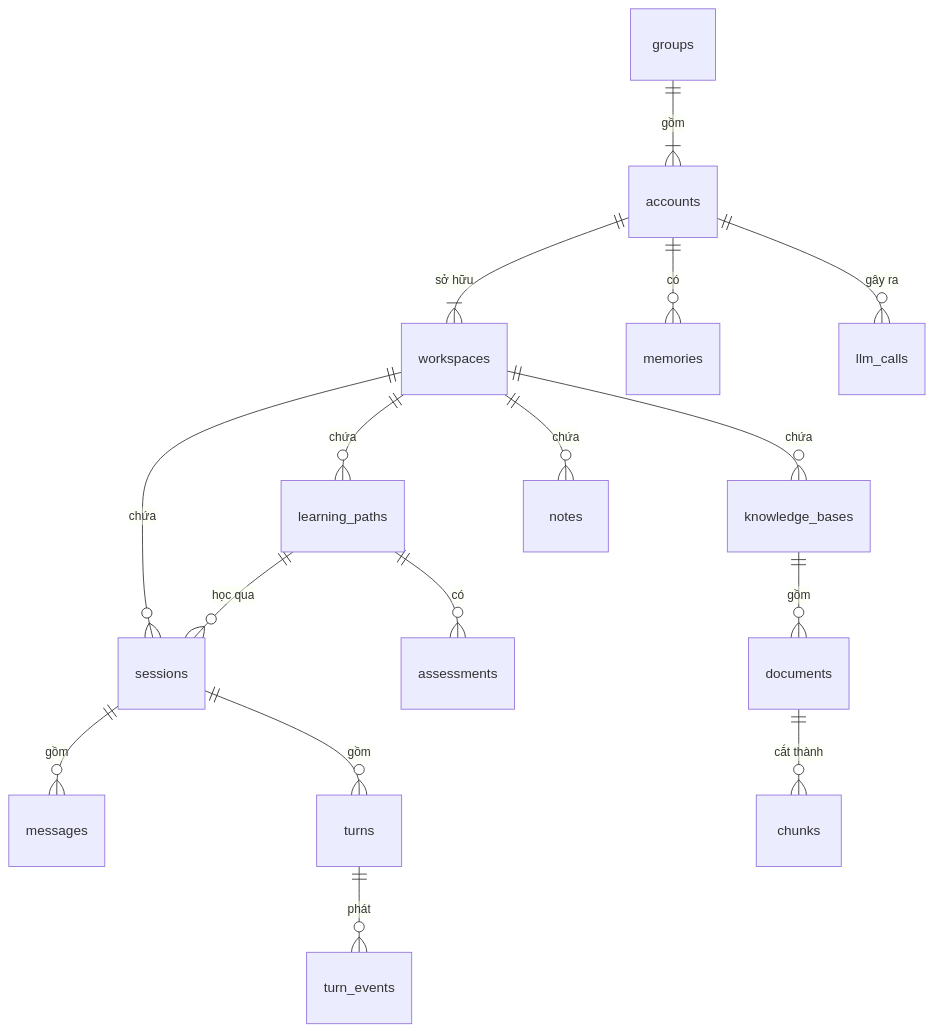
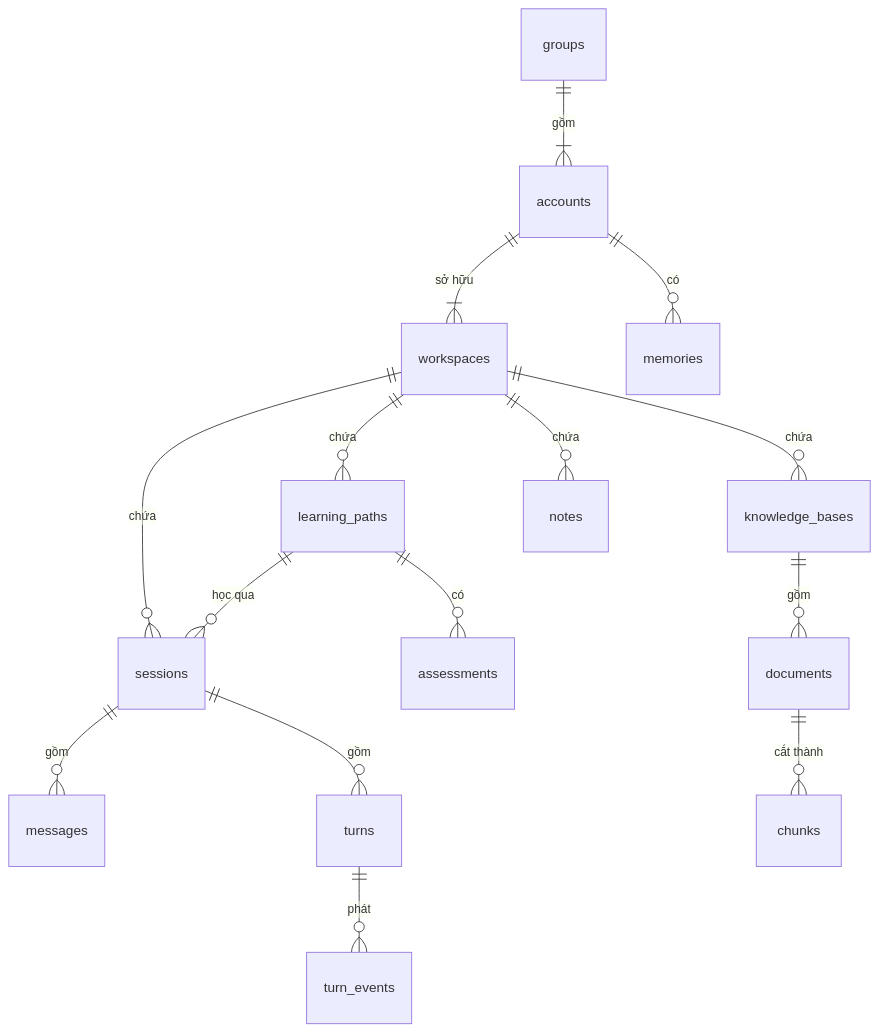
Before and after one commit to minhhai205/masterly: the diagram in docs/design/co-so-du-lieu.md, drawn with Mermaid. The commit also changed other lines of this file, not shown here.

Commit message:
docs: drop the LLM call ledger from the database design

````diff
--- a/docs/design/co-so-du-lieu.md
+++ b/docs/design/co-so-du-lieu.md
@@ -30,18 +30,17 @@
 ```mermaid
 erDiagram
     groups ||--|{ accounts : "gồm"
     accounts ||--|{ workspaces : "sở hữu"
     accounts ||--o{ memories : "có"
-    accounts ||--o{ llm_calls : "gây ra"
     workspaces ||--o{ sessions : "chứa"
     workspaces ||--o{ learning_paths : "chứa"
     workspaces ||--o{ knowledge_bases : "chứa"
     workspaces ||--o{ notes : "chứa"
     sessions ||--o{ messages : "gồm"
     sessions ||--o{ turns : "gồm"
     turns ||--o{ turn_events : "phát"
     learning_paths ||--o{ sessions : "học qua"
     learning_paths ||--o{ assessments : "có"
     knowledge_bases ||--o{ documents : "gồm"
     documents ||--o{ chunks : "cắt thành"
 ```
````
